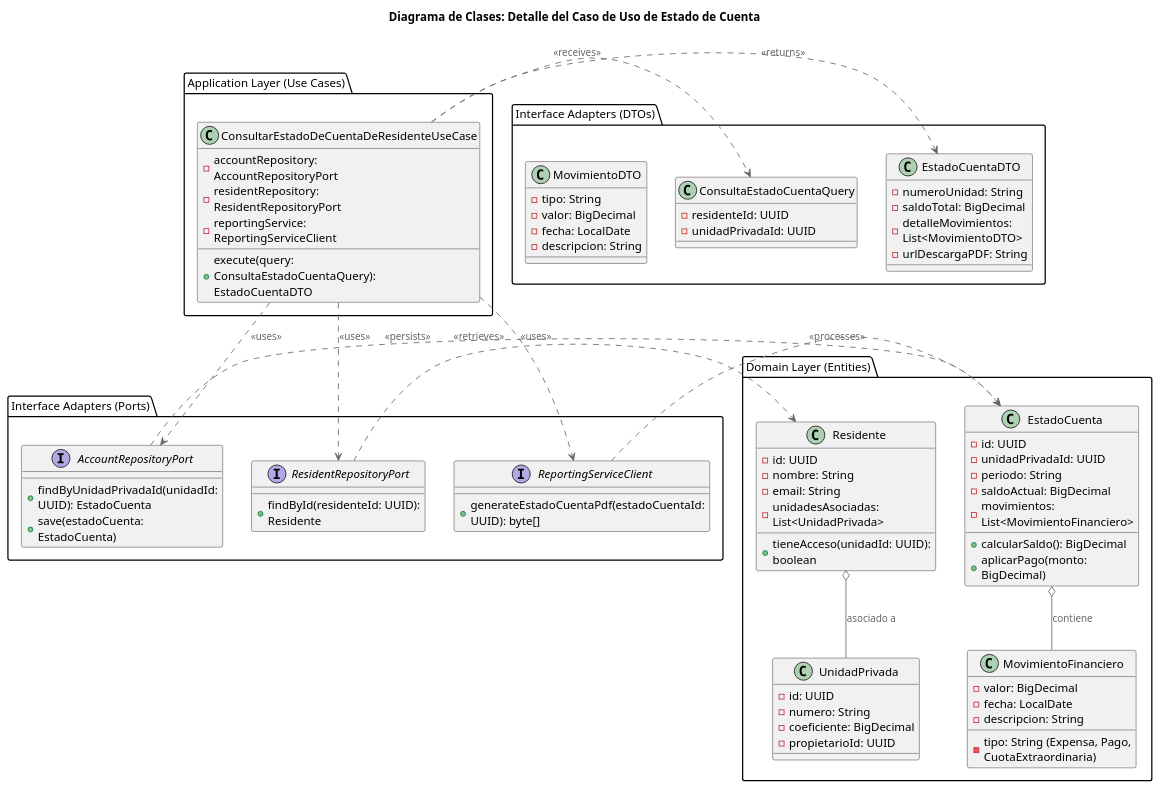
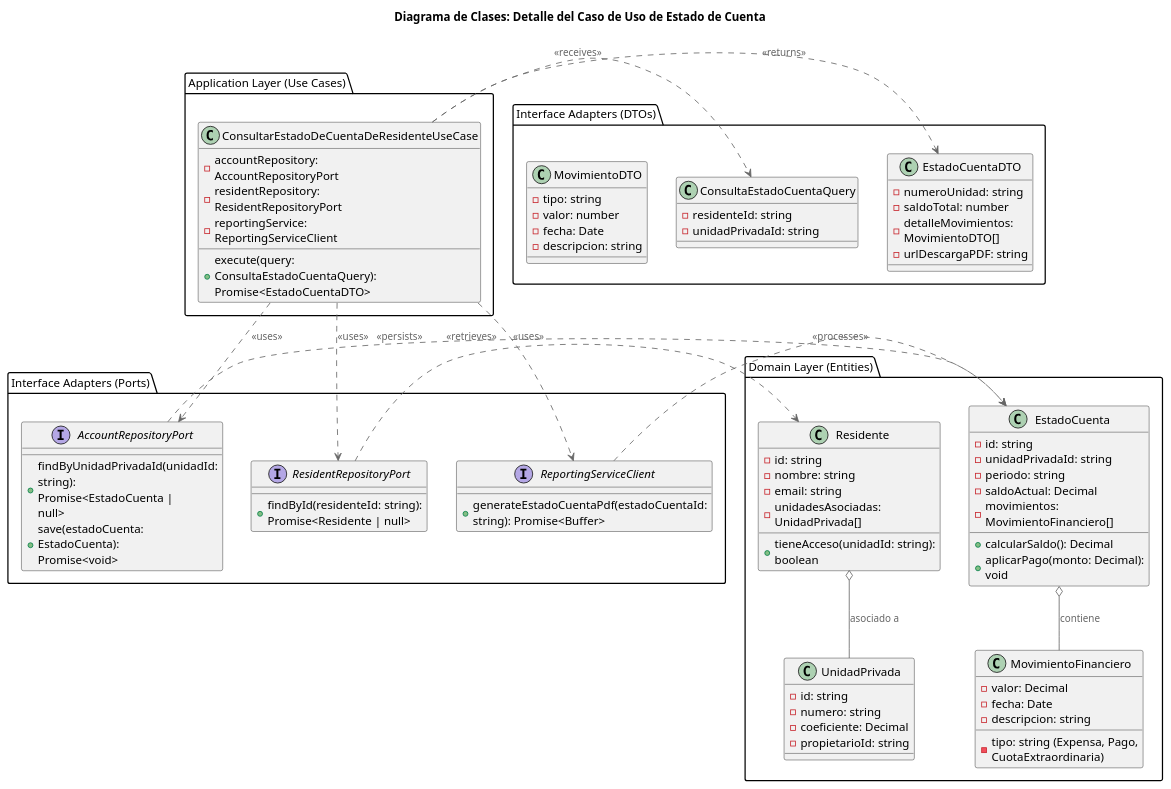
The fourth of 4 diagrams in workspaces/residentapp/docs/architecture/context.md (daniblago/sdd-tdd-framework), drawn with PlantUML before and after one commit. The commit also changed other lines of this file and 7 other files, not shown here.

```diff
--- a/workspaces/residentapp/docs/architecture/context.md
+++ b/workspaces/residentapp/docs/architecture/context.md
@@ -241,77 +241,77 @@
         - accountRepository: AccountRepositoryPort
         - residentRepository: ResidentRepositoryPort
         - reportingService: ReportingServiceClient
-        + execute(query: ConsultaEstadoCuentaQuery): EstadoCuentaDTO
+        + execute(query: ConsultaEstadoCuentaQuery): Promise<EstadoCuentaDTO>
     }
 }
 
 package "Domain Layer (Entities)" {
     class EstadoCuenta {
-        - id: UUID
-        - unidadPrivadaId: UUID
-        - periodo: String
-        - saldoActual: BigDecimal
-        - movimientos: List<MovimientoFinanciero>
-        + calcularSaldo(): BigDecimal
-        + aplicarPago(monto: BigDecimal)
+        - id: string
+        - unidadPrivadaId: string
+        - periodo: string
+        - saldoActual: Decimal
+        - movimientos: MovimientoFinanciero[]
+        + calcularSaldo(): Decimal
+        + aplicarPago(monto: Decimal): void
     }
 
     class MovimientoFinanciero {
-        - tipo: String (Expensa, Pago, CuotaExtraordinaria)
-        - valor: BigDecimal
-        - fecha: LocalDate
-        - descripcion: String
+        - tipo: string (Expensa, Pago, CuotaExtraordinaria)
+        - valor: Decimal
+        - fecha: Date
+        - descripcion: string
     }
 
     class Residente {
-        - id: UUID
-        - nombre: String
-        - email: String
-        - unidadesAsociadas: List<UnidadPrivada>
-        + tieneAcceso(unidadId: UUID): boolean
+        - id: string
+        - nombre: string
+        - email: string
+        - unidadesAsociadas: UnidadPrivada[]
+        + tieneAcceso(unidadId: string): boolean
     }
 
     class UnidadPrivada {
-        - id: UUID
-        - numero: String
-        - coeficiente: BigDecimal
-        - propietarioId: UUID
+        - id: string
+        - numero: string
+        - coeficiente: Decimal
+        - propietarioId: string
     }
 }
 
 package "Interface Adapters (Ports)" {
     interface AccountRepositoryPort {
-        + findByUnidadPrivadaId(unidadId: UUID): EstadoCuenta
-        + save(estadoCuenta: EstadoCuenta)
+        + findByUnidadPrivadaId(unidadId: string): Promise<EstadoCuenta | null>
+        + save(estadoCuenta: EstadoCuenta): Promise<void>
     }
 
     interface ResidentRepositoryPort {
-        + findById(residenteId: UUID): Residente
+        + findById(residenteId: string): Promise<Residente | null>
     }
 
     interface ReportingServiceClient {
-        + generateEstadoCuentaPdf(estadoCuentaId: UUID): byte[]
+        + generateEstadoCuentaPdf(estadoCuentaId: string): Promise<Buffer>
     }
 }
 
 package "Interface Adapters (DTOs)" {
     class ConsultaEstadoCuentaQuery {
-        - residenteId: UUID
-        - unidadPrivadaId: UUID
+        - residenteId: string
+        - unidadPrivadaId: string
     }
 
     class EstadoCuentaDTO {
-        - numeroUnidad: String
-        - saldoTotal: BigDecimal
-        - detalleMovimientos: List<MovimientoDTO>
-        - urlDescargaPDF: String
+        - numeroUnidad: string
+        - saldoTotal: number
+        - detalleMovimientos: MovimientoDTO[]
+        - urlDescargaPDF: string
     }
 
     class MovimientoDTO {
-        - tipo: String
-        - valor: BigDecimal
-        - fecha: LocalDate
-        - descripcion: String
+        - tipo: string
+        - valor: number
+        - fecha: Date
+        - descripcion: string
     }
 }
 
```
